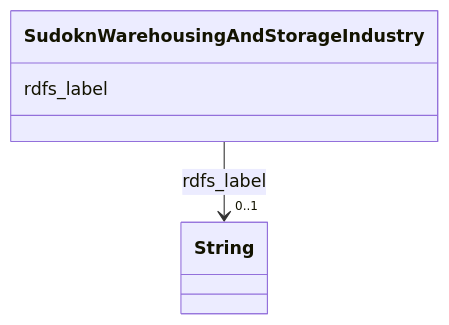
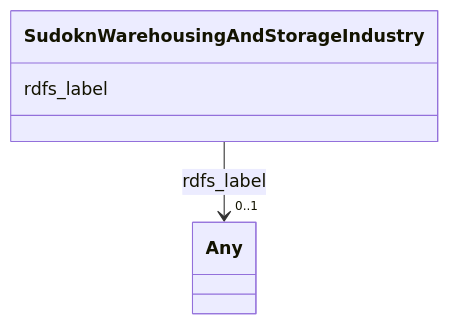
The diagram in sudokn-kg/classes/SudoknWarehousingAndStorageIndustry.md (frink-okn/graph-descriptions), drawn with Mermaid before and after one commit. The commit also changed other lines of this file and 903 other files, not shown here.

````diff
--- a/sudokn-kg/classes/SudoknWarehousingAndStorageIndustry.md
+++ b/sudokn-kg/classes/SudoknWarehousingAndStorageIndustry.md
@@ -23,15 +18,15 @@
 ```mermaid
  classDiagram
     class SudoknWarehousingAndStorageIndustry
     click SudoknWarehousingAndStorageIndustry href "../SudoknWarehousingAndStorageIndustry"
       SudoknWarehousingAndStorageIndustry : rdfs_label
         
           
     
     
-    SudoknWarehousingAndStorageIndustry --> "0..1" String : rdfs_label
-    click String href "../String"
+    SudoknWarehousingAndStorageIndustry --> "0..1" Any : rdfs_label
+    click Any href "../Any"
 
         
       
 ```
````
